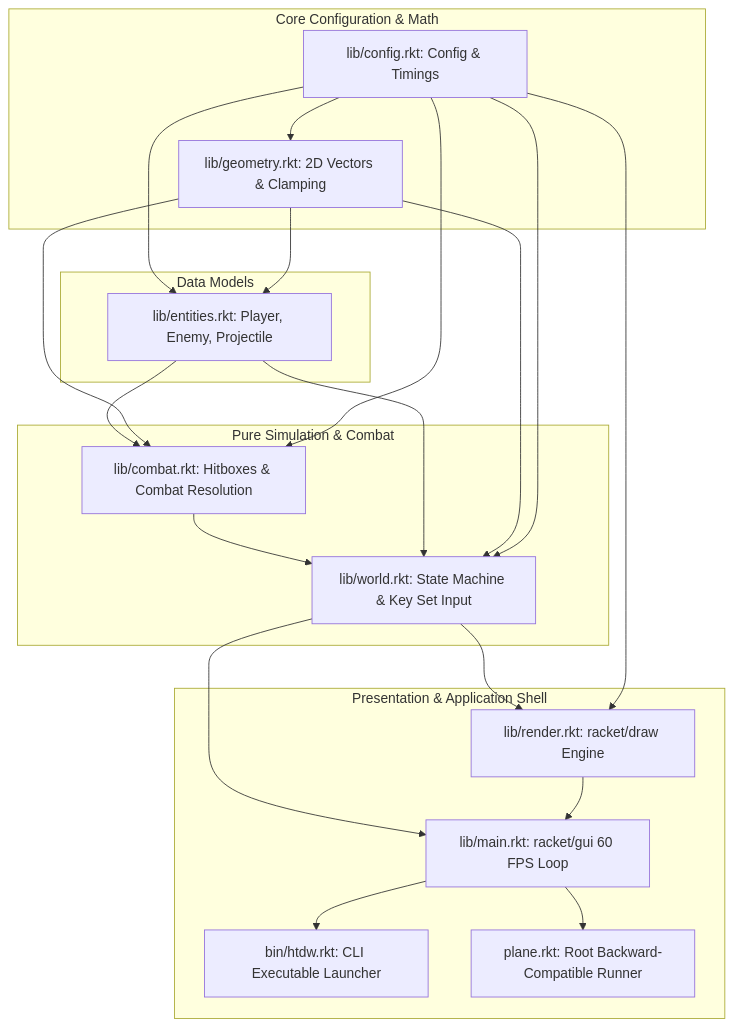
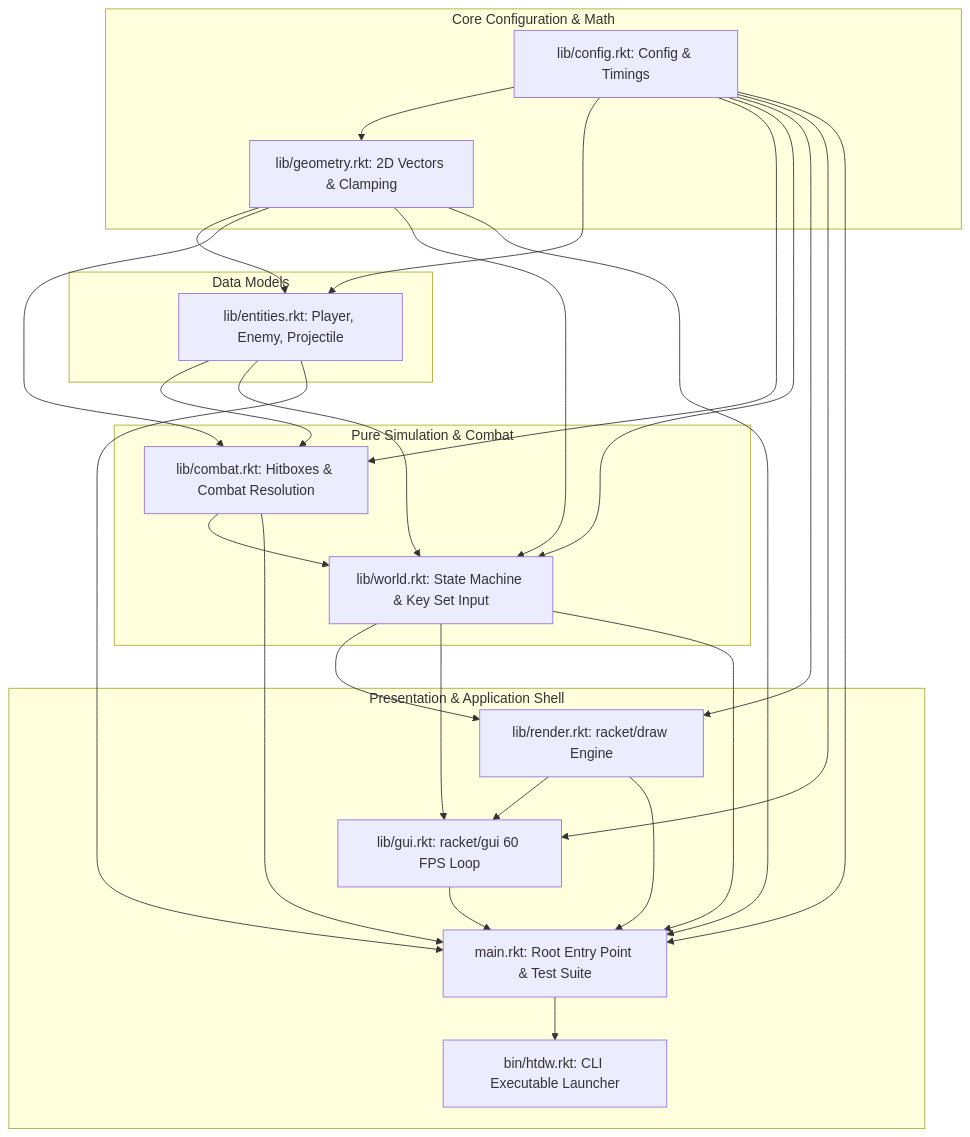
Before and after one commit to Wang-Ji20/Htdw: the diagram in doc/DESIGN.md, drawn with Mermaid. The commit also changed other lines of this file and 6 other files, not shown here.

````diff
--- a/doc/DESIGN.md
+++ b/doc/DESIGN.md
@@ -47,40 +50,47 @@
 ```mermaid
 graph TD
     subgraph Core Configuration & Math
-        C[lib/config.rkt: Config & Timings]
-        G[lib/geometry.rkt: 2D Vectors & Clamping]
+        C["lib/config.rkt: Config & Timings"]
+        G["lib/geometry.rkt: 2D Vectors & Clamping"]
     end
 
     subgraph Data Models
-        E[lib/entities.rkt: Player, Enemy, Projectile]
+        E["lib/entities.rkt: Player, Enemy, Projectile"]
     end
 
     subgraph Pure Simulation & Combat
-        CB[lib/combat.rkt: Hitboxes & Combat Resolution]
-        W[lib/world.rkt: State Machine & Key Set Input]
+        CB["lib/combat.rkt: Hitboxes & Combat Resolution"]
+        W["lib/world.rkt: State Machine & Key Set Input"]
     end
 
     subgraph Presentation & Application Shell
-        R[lib/render.rkt: racket/draw Engine]
-        M[lib/main.rkt: racket/gui 60 FPS Loop]
-        B[bin/htdw.rkt: CLI Executable Launcher]
-        P[plane.rkt: Root Backward-Compatible Runner]
+        R["lib/render.rkt: racket/draw Engine"]
+        GUI["lib/gui.rkt: racket/gui 60 FPS Loop"]
+        M["main.rkt: Root Entry Point & Test Suite"]
+        B["bin/htdw.rkt: CLI Executable Launcher"]
     end
 
     C --> G
     C --> E
     G --> E
     E --> CB
     G --> CB
     C --> CB
     CB --> W
     E --> W
     G --> W
     C --> W
     W --> R
     C --> R
+    W --> GUI
+    R --> GUI
+    C --> GUI
+    GUI --> M
     W --> M
     R --> M
+    CB --> M
+    E --> M
+    G --> M
+    C --> M
     M --> B
-    M --> P
 ```
````
